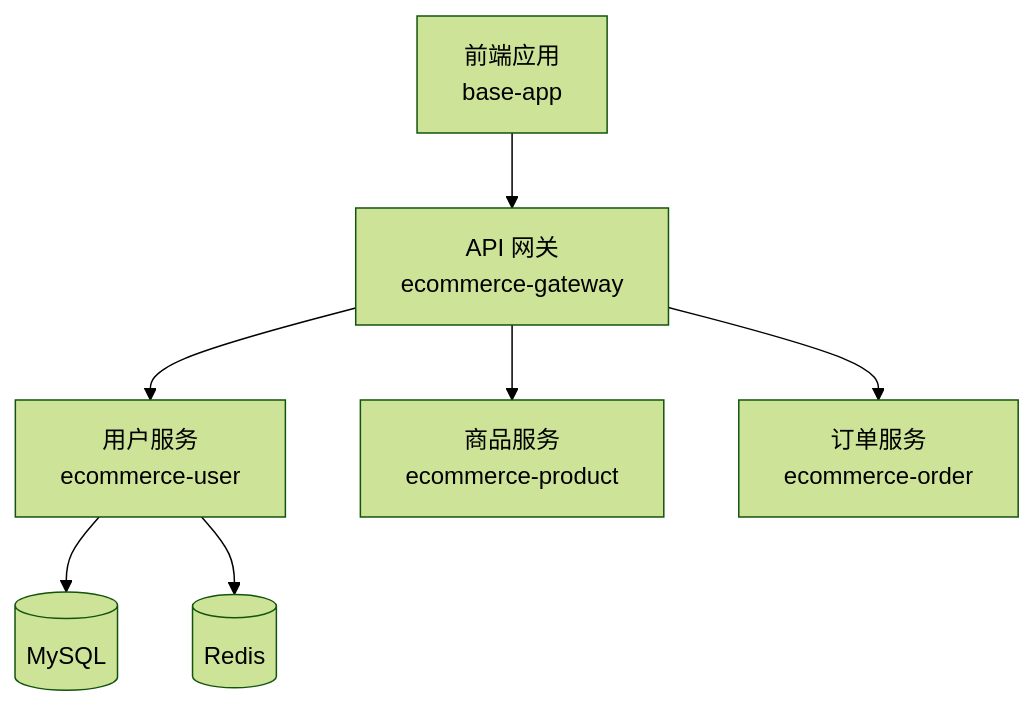
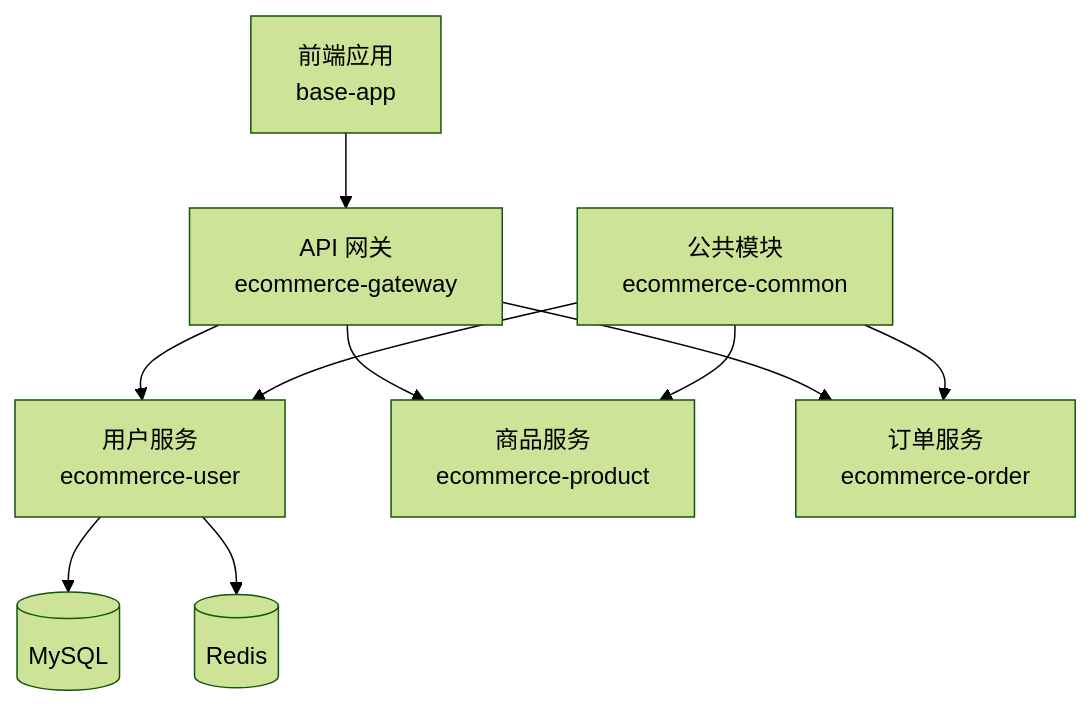
Before and after one commit to haohailiang/qoder-fullstack: the first of 8 diagrams in .qoder/repowiki/zh/content/核心功能实现/认证与安全机制.md, drawn with Mermaid (forest theme). The commit also changed other lines of this file and 36 other files, not shown here.

````diff
--- a/.qoder/repowiki/zh/content/核心功能实现/认证与安全机制.md
+++ b/.qoder/repowiki/zh/content/核心功能实现/认证与安全机制.md
@@ -48,9 +59,12 @@
 ```mermaid
 graph TB
 FE["前端应用<br/>base-app"] --> GW["API 网关<br/>ecommerce-gateway"]
 GW --> US["用户服务<br/>ecommerce-user"]
 GW --> PS["商品服务<br/>ecommerce-product"]
 GW --> OS["订单服务<br/>ecommerce-order"]
 US --> DB[("MySQL")]
 US --> REDIS[("Redis")]
+ECOMMON["公共模块<br/>ecommerce-common"] --> PS
+ECOMMON --> OS
+ECOMMON --> US
 ```
````
